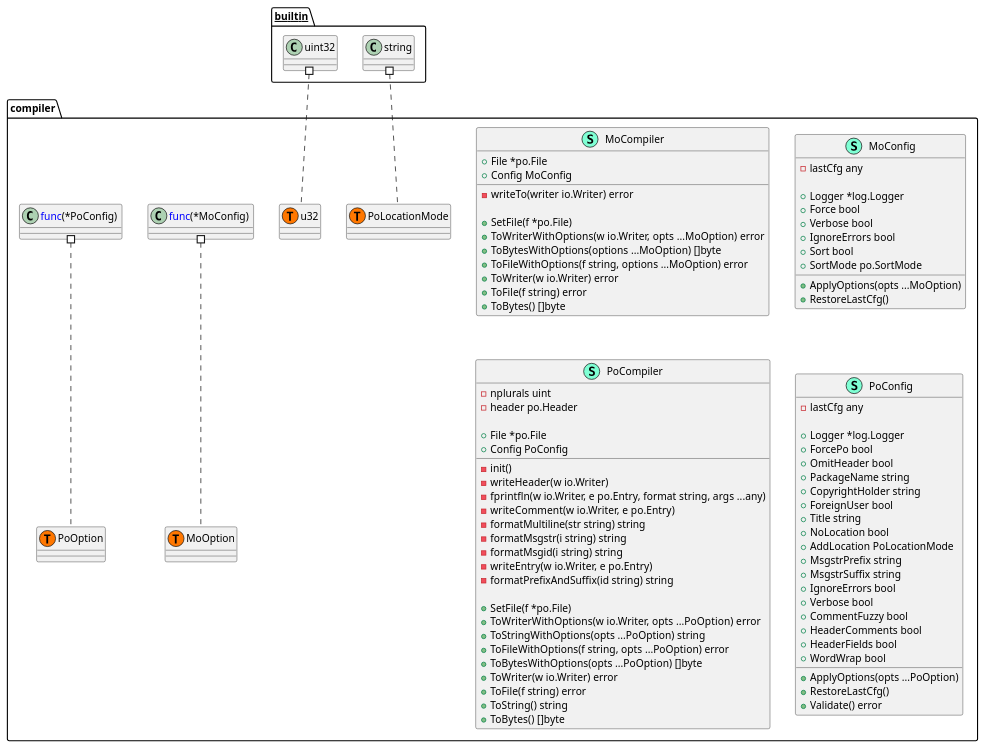
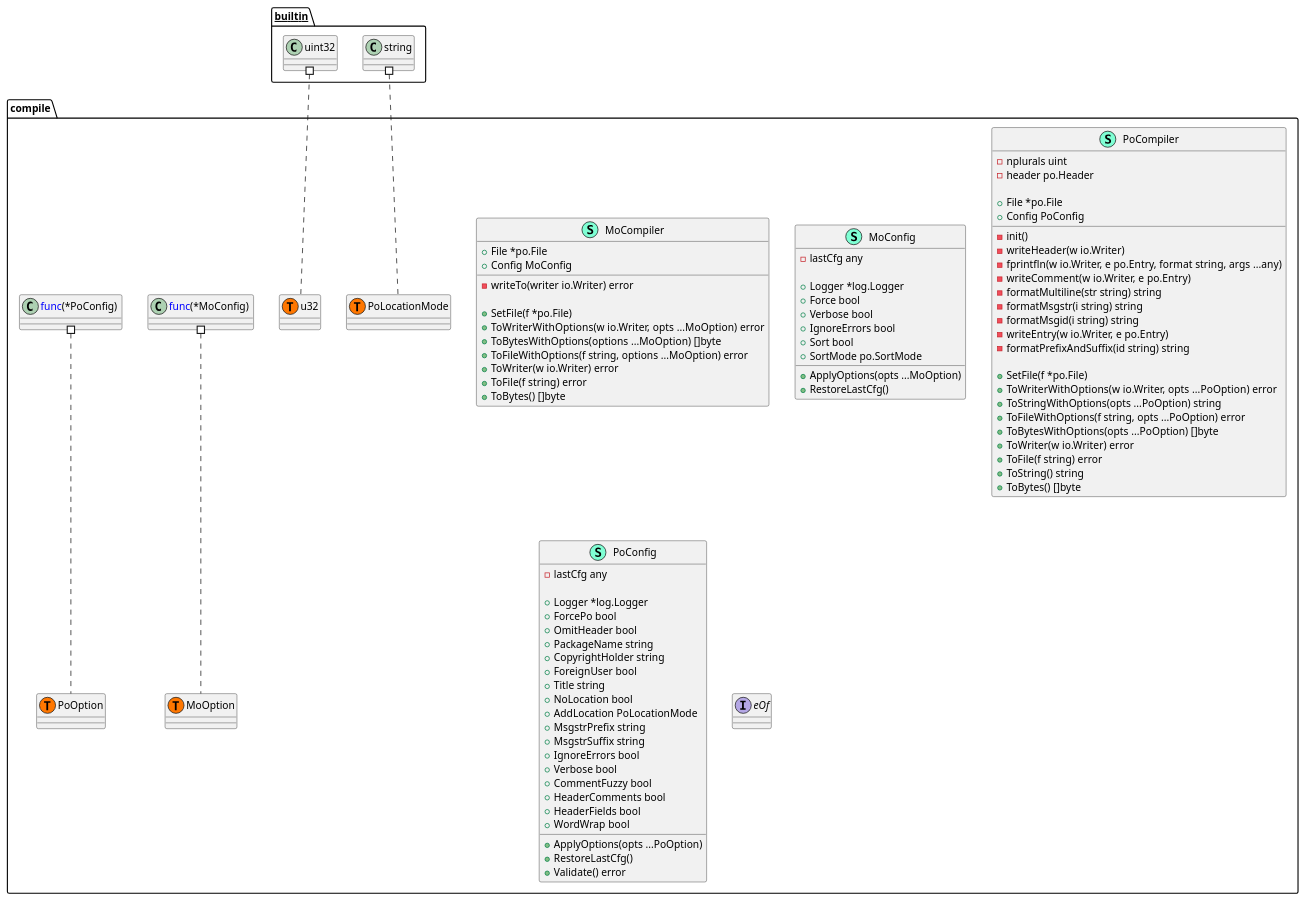
Before and after one commit to Tom5521/gotext-tools: the diagram in pkg/po/compile/structure.puml, drawn with PlantUML. The commit also changed 3 other files, not shown here.

```diff
--- a/pkg/po/compile/structure.puml
+++ b/pkg/po/compile/structure.puml
@@ -1,101 +1,103 @@
 @startuml
-namespace compiler {
+namespace compile {
     class MoCompiler << (S,Aquamarine) >> {
         + File *po.File
         + Config MoConfig
 
         - writeTo(writer io.Writer) error
 
         + SetFile(f *po.File) 
         + ToWriterWithOptions(w io.Writer, opts ...MoOption) error
         + ToBytesWithOptions(options ...MoOption) []byte
         + ToFileWithOptions(f string, options ...MoOption) error
         + ToWriter(w io.Writer) error
         + ToFile(f string) error
         + ToBytes() []byte
 
     }
     class MoConfig << (S,Aquamarine) >> {
         - lastCfg any
 
         + Logger *log.Logger
         + Force bool
         + Verbose bool
         + IgnoreErrors bool
         + Sort bool
         + SortMode po.SortMode
 
         + ApplyOptions(opts ...MoOption) 
         + RestoreLastCfg() 
 
     }
     class PoCompiler << (S,Aquamarine) >> {
         - nplurals uint
         - header po.Header
 
         + File *po.File
         + Config PoConfig
 
         - init() 
         - writeHeader(w io.Writer) 
         - fprintfln(w io.Writer, e po.Entry, format string, args ...any) 
         - writeComment(w io.Writer, e po.Entry) 
         - formatMultiline(str string) string
         - formatMsgstr(i string) string
         - formatMsgid(i string) string
         - writeEntry(w io.Writer, e po.Entry) 
         - formatPrefixAndSuffix(id string) string
 
         + SetFile(f *po.File) 
         + ToWriterWithOptions(w io.Writer, opts ...PoOption) error
         + ToStringWithOptions(opts ...PoOption) string
         + ToFileWithOptions(f string, opts ...PoOption) error
         + ToBytesWithOptions(opts ...PoOption) []byte
         + ToWriter(w io.Writer) error
         + ToFile(f string) error
         + ToString() string
         + ToBytes() []byte
 
     }
     class PoConfig << (S,Aquamarine) >> {
         - lastCfg any
 
         + Logger *log.Logger
         + ForcePo bool
         + OmitHeader bool
         + PackageName string
         + CopyrightHolder string
         + ForeignUser bool
         + Title string
         + NoLocation bool
         + AddLocation PoLocationMode
         + MsgstrPrefix string
         + MsgstrSuffix string
         + IgnoreErrors bool
         + Verbose bool
         + CommentFuzzy bool
         + HeaderComments bool
         + HeaderFields bool
         + WordWrap bool
 
         + ApplyOptions(opts ...PoOption) 
         + RestoreLastCfg() 
         + Validate() error
 
     }
-    class compiler.MoOption << (T, #FF7700) >>  {
+    class compile.MoOption << (T, #FF7700) >>  {
     }
-    class compiler.PoLocationMode << (T, #FF7700) >>  {
+    class compile.PoLocationMode << (T, #FF7700) >>  {
     }
-    class compiler.PoOption << (T, #FF7700) >>  {
+    class compile.PoOption << (T, #FF7700) >>  {
     }
-    class compiler.u32 << (T, #FF7700) >>  {
+    class compile.u32 << (T, #FF7700) >>  {
+    }
+    interface eOf  {
     }
 }
 
 
-"__builtin__.string" #.. "compiler.PoLocationMode"
-"__builtin__.uint32" #.. "compiler.u32"
-"compiler.<font color=blue>func</font>(*MoConfig) " #.. "compiler.MoOption"
-"compiler.<font color=blue>func</font>(*PoConfig) " #.. "compiler.PoOption"
+"__builtin__.string" #.. "compile.PoLocationMode"
+"__builtin__.uint32" #.. "compile.u32"
+"compile.<font color=blue>func</font>(*MoConfig) " #.. "compile.MoOption"
+"compile.<font color=blue>func</font>(*PoConfig) " #.. "compile.PoOption"
 @enduml
```
